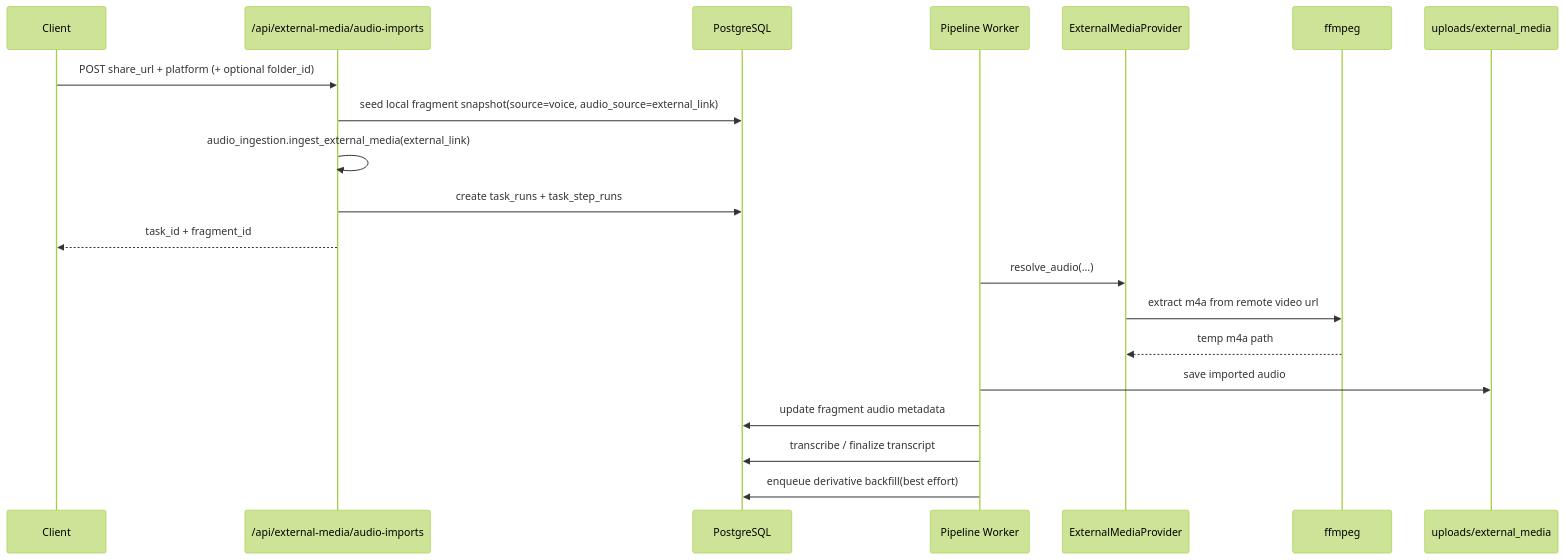
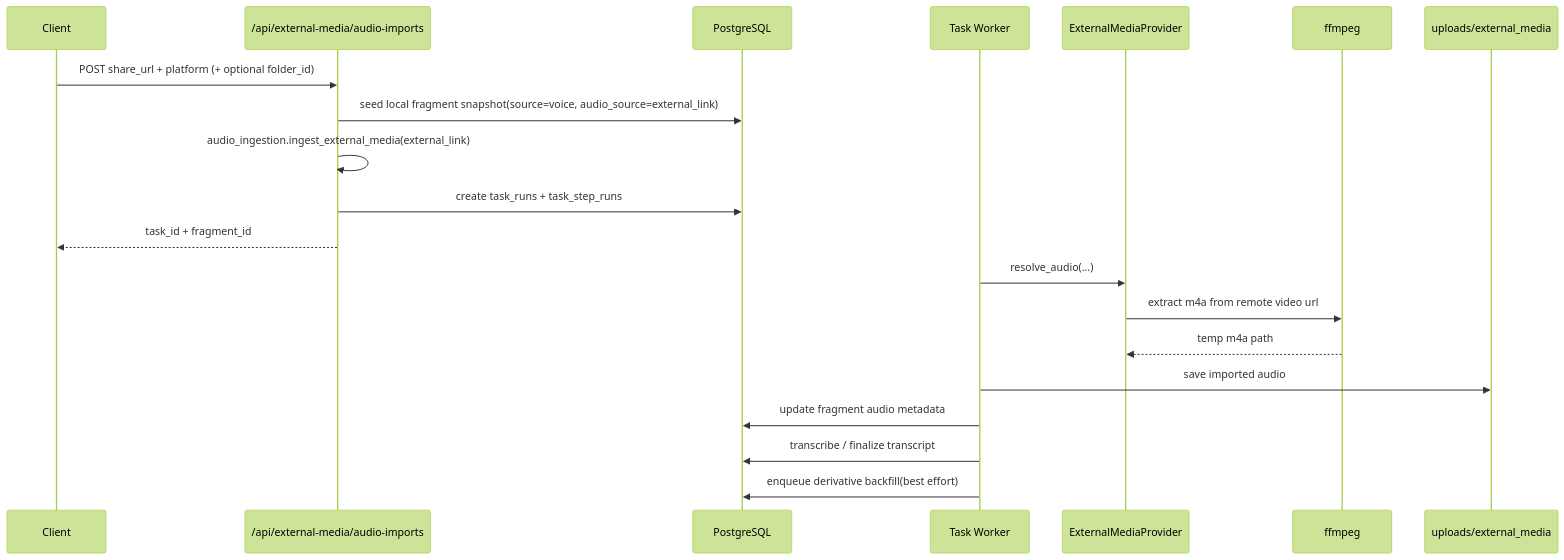
One commit to YCZA2/SparkFlow changed the fifth of 10 diagrams in memory-bank/architecture.md. Above: the diagram before and after it, drawn with Mermaid (forest theme). The commit also changed other lines of this file and 29 other files, not shown here.

````diff
--- a/memory-bank/architecture.md
+++ b/memory-bank/architecture.md
@@ -441,23 +441,23 @@
 ```mermaid
 sequenceDiagram
     participant App as Client
     participant API as /api/external-media/audio-imports
     participant DB as PostgreSQL
-    participant PIPE as Pipeline Worker
+    participant TASK as Task Worker
     participant Provider as ExternalMediaProvider
     participant FF as ffmpeg
     participant FS as uploads/external_media
 
     App->>API: POST share_url + platform (+ optional folder_id)
     API->>DB: seed local fragment snapshot(source=voice, audio_source=external_link)
     API->>API: audio_ingestion.ingest_external_media(external_link)
     API->>DB: create task_runs + task_step_runs
     API-->>App: task_id + fragment_id
-    PIPE->>Provider: resolve_audio(...)
+    TASK->>Provider: resolve_audio(...)
     Provider->>FF: extract m4a from remote video url
     FF-->>Provider: temp m4a path
-    PIPE->>FS: save imported audio
-    PIPE->>DB: update fragment audio metadata
-    PIPE->>DB: transcribe / finalize transcript
-    PIPE->>DB: enqueue derivative backfill(best effort)
+    TASK->>FS: save imported audio
+    TASK->>DB: update fragment audio metadata
+    TASK->>DB: transcribe / finalize transcript
+    TASK->>DB: enqueue derivative backfill(best effort)
 ```
````
